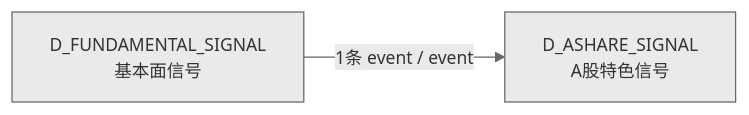
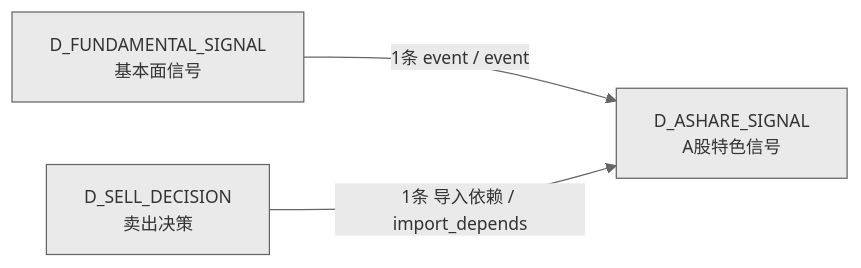
Before and after one commit to xuanFelixVan/ZephyrAlpha: the fourth of 4 diagrams in docs/02_enterprise_architecture/02_domain_architecture_docs/32_d_ashare_signal.md, drawn with Mermaid. The commit also changed other lines of this file and 69 other files, not shown here.

````diff
--- a/docs/02_enterprise_architecture/02_domain_architecture_docs/32_d_ashare_signal.md
+++ b/docs/02_enterprise_architecture/02_domain_architecture_docs/32_d_ashare_signal.md
@@ -190,7 +195,9 @@
 ```mermaid
 %%{init: {'theme': 'base', 'themeVariables': {'primaryColor': '#eaeaea', 'primaryTextColor': '#333333', 'primaryBorderColor': '#666666', 'lineColor': '#666666', 'secondaryColor': '#eaeaea', 'tertiaryColor': '#eaeaea', 'fontSize': '14px'}}}%%
 graph LR
     D_ASHARE_SIGNAL["D_ASHARE_SIGNAL<br/>A股特色信号"]
     D_FUNDAMENTAL_SIGNAL["D_FUNDAMENTAL_SIGNAL<br/>基本面信号"]
+    D_SELL_DECISION["D_SELL_DECISION<br/>卖出决策"]
     D_FUNDAMENTAL_SIGNAL -->|1条 event / event| D_ASHARE_SIGNAL
+    D_SELL_DECISION -->|1条 导入依赖 / import_depends| D_ASHARE_SIGNAL
 ```
````
